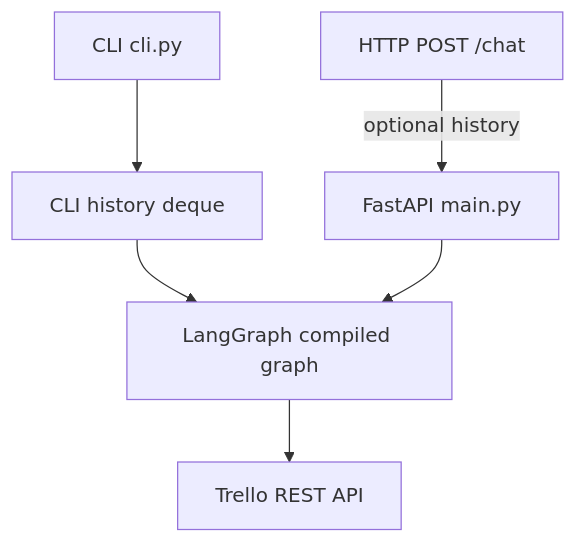
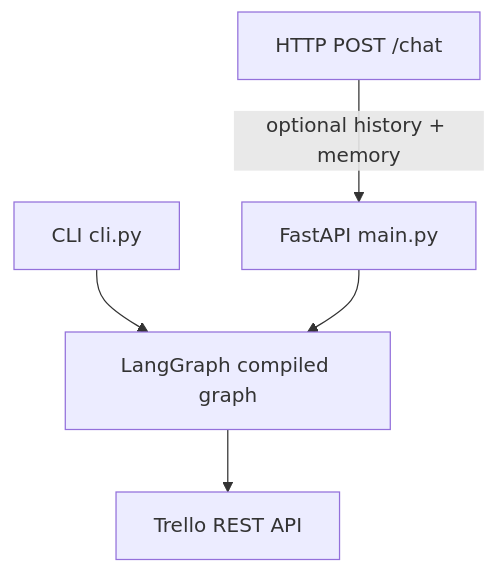
One commit to raffelprama/trello-agent changed the first of 2 diagrams in README.md. Above: the diagram before and after it, drawn with Mermaid. The commit also changed other lines of this file and 28 other files, not shown here.

````diff
--- a/README.md
+++ b/README.md
@@ -121,8 +139,7 @@
 ```mermaid
 flowchart TD
-    HttpClient[HTTP POST /chat] -->|optional history| FastAPI[FastAPI main.py]
-    Repl[CLI cli.py] --> CliHist[CLI history deque]
-    CliHist --> LangGraph[LangGraph compiled graph]
+    HttpClient[HTTP POST /chat] -->|optional history + memory| FastAPI[FastAPI main.py]
+    Repl[CLI cli.py] --> LangGraph[LangGraph compiled graph]
     FastAPI --> LangGraph
     LangGraph --> TrelloAPI[Trello REST API]
 ```
````
